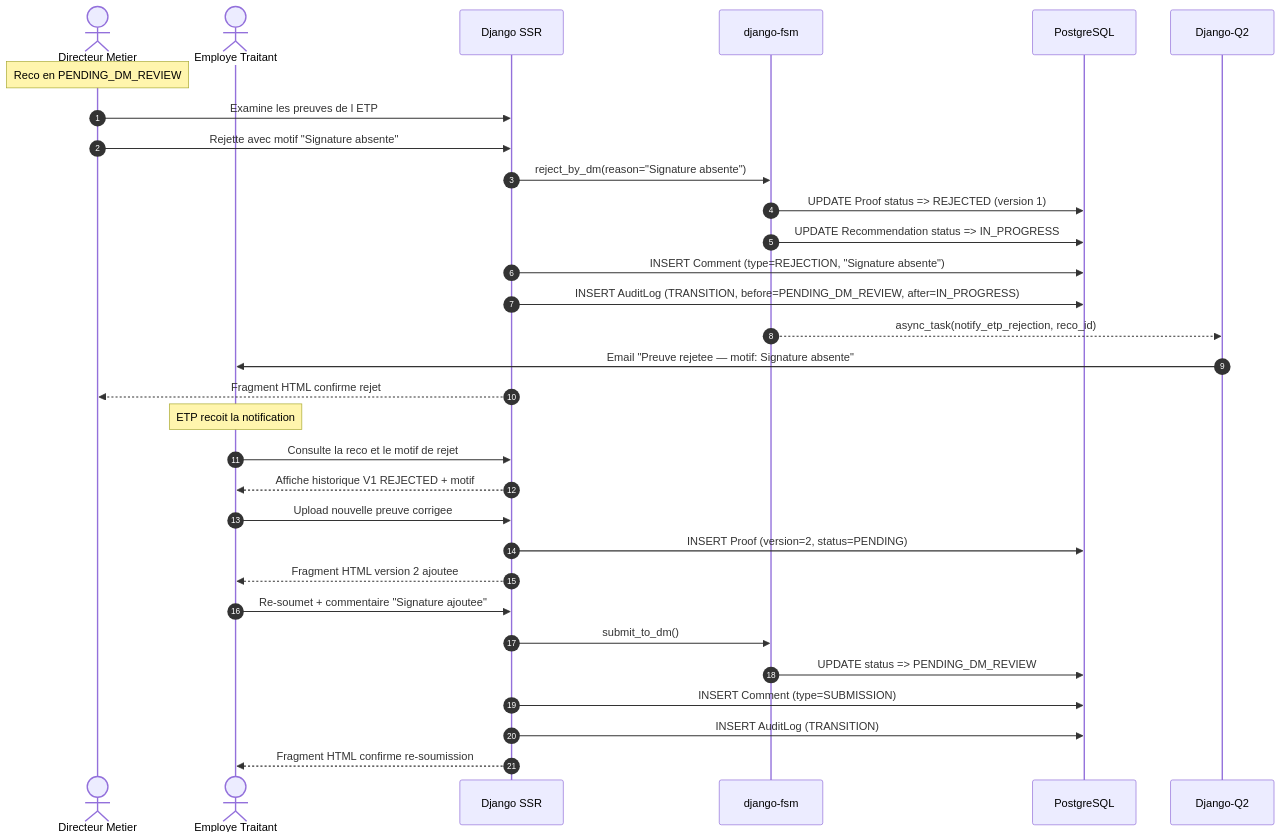
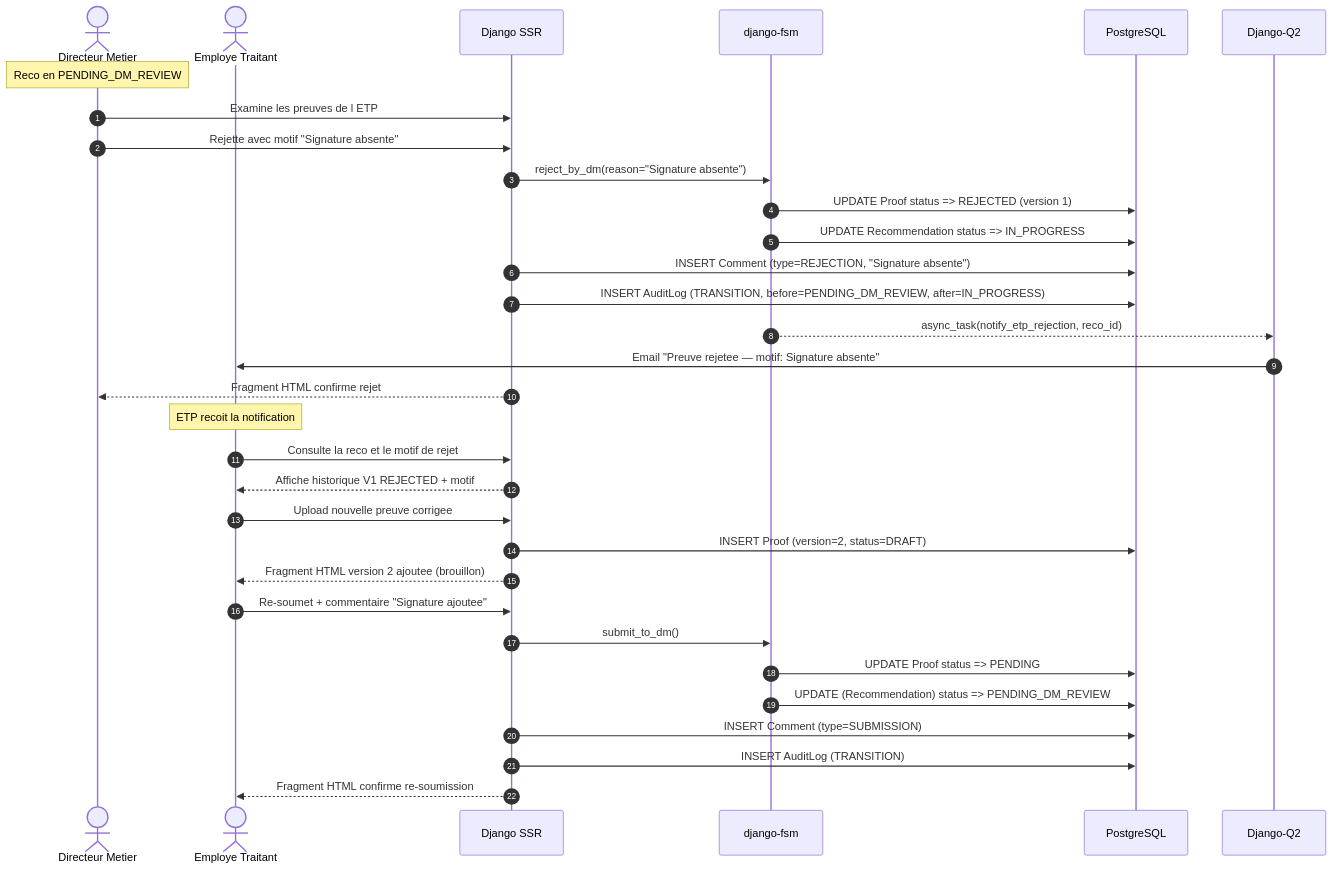
Before and after one commit to Tchendjou2003/bicec--Sentinel: diagram 15 of 24 in _bmad-output/planning-artifacts/architecture-v2.md, drawn with Mermaid. The commit also changed other lines of this file and 7 other files, not shown here.

Commit message:
feat: add planning artifacts including UX design specifications, architecture, and project documentation

````diff
--- a/_bmad-output/planning-artifacts/architecture-v2.md
+++ b/_bmad-output/planning-artifacts/architecture-v2.md
@@ -1082,39 +1113,40 @@
 ```mermaid
 sequenceDiagram
     autonumber
     actor DM as Directeur Metier
     actor ETP as Employe Traitant
     participant APP as Django SSR
     participant FSM as django-fsm
     participant DB as PostgreSQL
     participant Q2 as Django-Q2
 
     Note over DM: Reco en PENDING_DM_REVIEW
 
     DM->>APP: Examine les preuves de l ETP
     DM->>APP: Rejette avec motif "Signature absente"
     APP->>FSM: reject_by_dm(reason="Signature absente")
     FSM->>DB: UPDATE Proof status => REJECTED (version 1)
     FSM->>DB: UPDATE Recommendation status => IN_PROGRESS
     APP->>DB: INSERT Comment (type=REJECTION, "Signature absente")
     APP->>DB: INSERT AuditLog (TRANSITION, before=PENDING_DM_REVIEW, after=IN_PROGRESS)
     FSM-->>Q2: async_task(notify_etp_rejection, reco_id)
     Q2->>ETP: Email "Preuve rejetee — motif: Signature absente"
     APP-->>DM: Fragment HTML confirme rejet
 
     Note over ETP: ETP recoit la notification
 
     ETP->>APP: Consulte la reco et le motif de rejet
     APP-->>ETP: Affiche historique V1 REJECTED + motif
 
     ETP->>APP: Upload nouvelle preuve corrigee
-    APP->>DB: INSERT Proof (version=2, status=PENDING)
-    APP-->>ETP: Fragment HTML version 2 ajoutee
+    APP->>DB: INSERT Proof (version=2, status=DRAFT)
+    APP-->>ETP: Fragment HTML version 2 ajoutee (brouillon)
 
     ETP->>APP: Re-soumet + commentaire "Signature ajoutee"
     APP->>FSM: submit_to_dm()
-    FSM->>DB: UPDATE status => PENDING_DM_REVIEW
+    FSM->>DB: UPDATE Proof status => PENDING
+    FSM->>DB: UPDATE (Recommendation) status => PENDING_DM_REVIEW
     APP->>DB: INSERT Comment (type=SUBMISSION)
     APP->>DB: INSERT AuditLog (TRANSITION)
     APP-->>ETP: Fragment HTML confirme re-soumission
 ```
````
